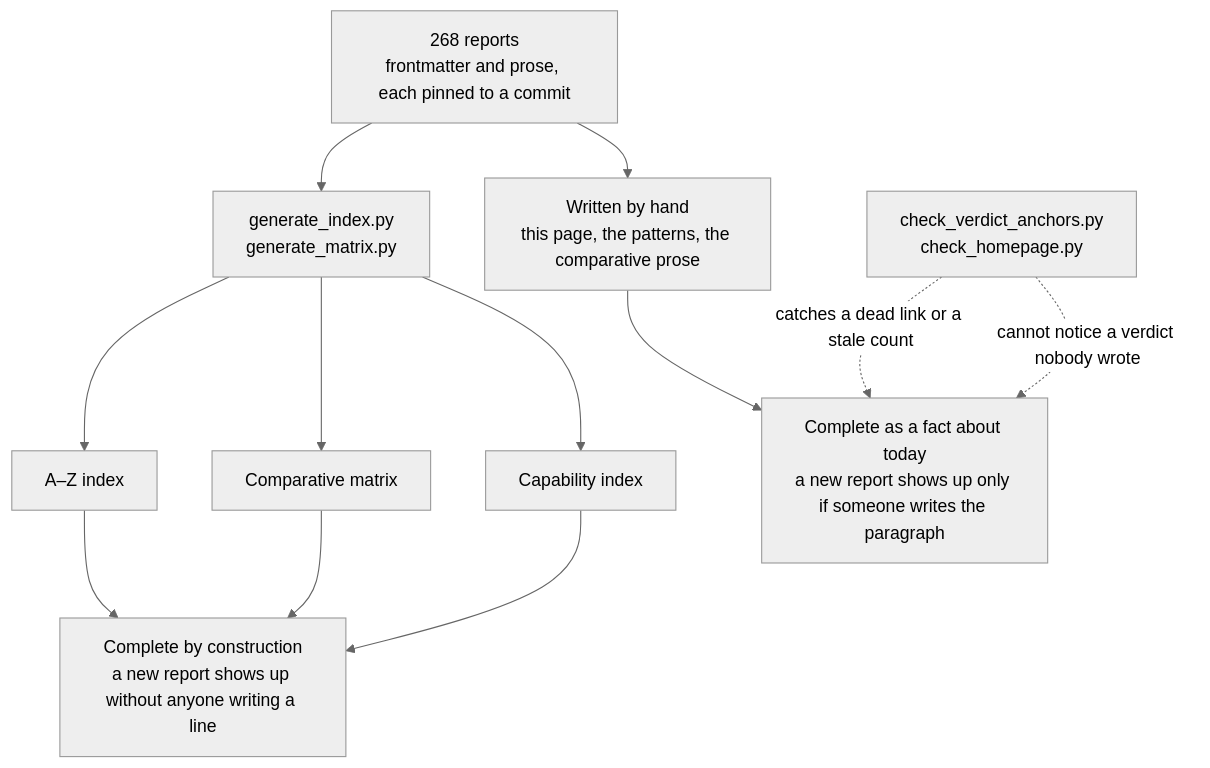
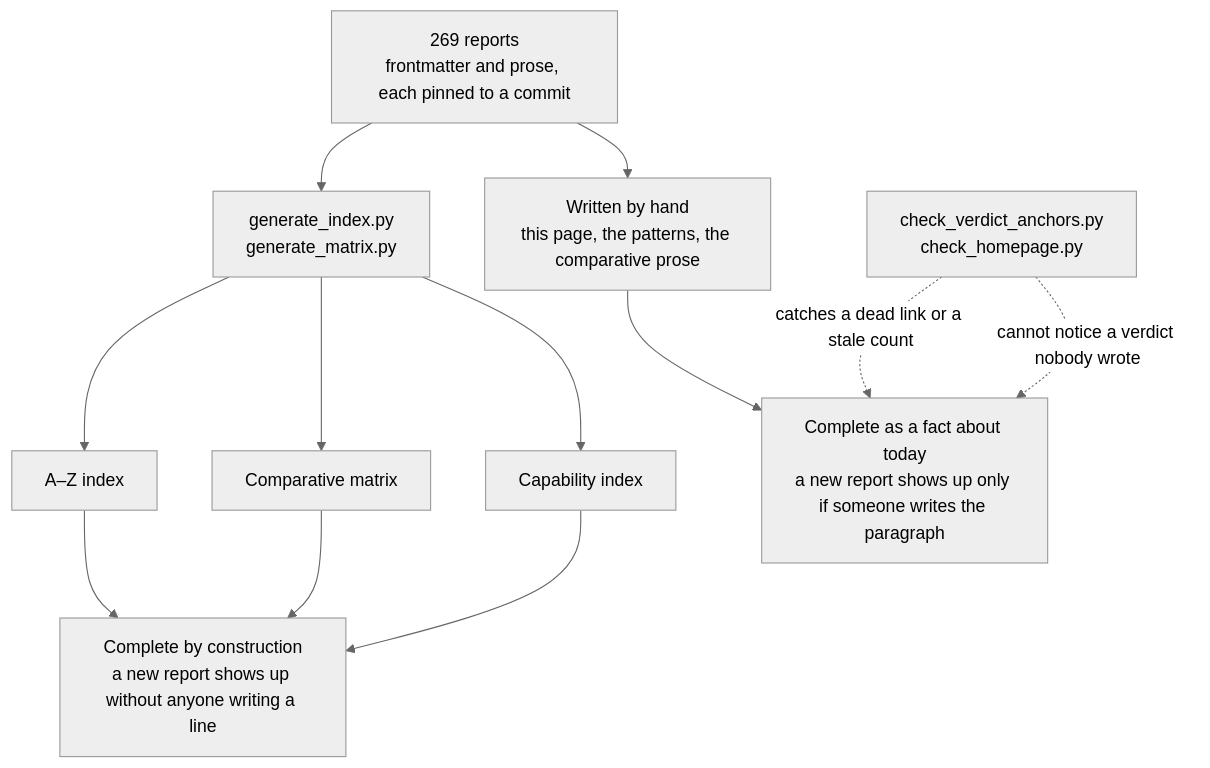
Before and after one commit to neoneye/agent-memory-atlas: the diagram in content/verdicts.md, drawn with Mermaid (neutral theme). The commit also changed other lines of this file and 19 other files, not shown here.

````diff
--- a/content/verdicts.md
+++ b/content/verdicts.md
@@ -40,15 +40,15 @@
 ```mermaid
 flowchart TD
-    R["268 reports<br/>frontmatter and prose, each pinned to a commit"]
+    R["269 reports<br/>frontmatter and prose, each pinned to a commit"]
     R --> GEN["generate_index.py<br/>generate_matrix.py"]
     R --> HAND["Written by hand<br/>this page, the patterns, the comparative prose"]
     GEN --> AZ["A–Z index"]
     GEN --> MX["Comparative matrix"]
     GEN --> CI["Capability index"]
     AZ --> CONST["Complete by construction<br/>a new report shows up without anyone writing a line"]
     MX --> CONST
     CI --> CONST
     HAND --> TODAY["Complete as a fact about today<br/>a new report shows up only if someone writes the paragraph"]
     CHK["check_verdict_anchors.py<br/>check_homepage.py"] -.->|"catches a dead link or a stale count"| TODAY
     CHK -.->|"cannot notice a verdict nobody wrote"| TODAY
 ```
````
